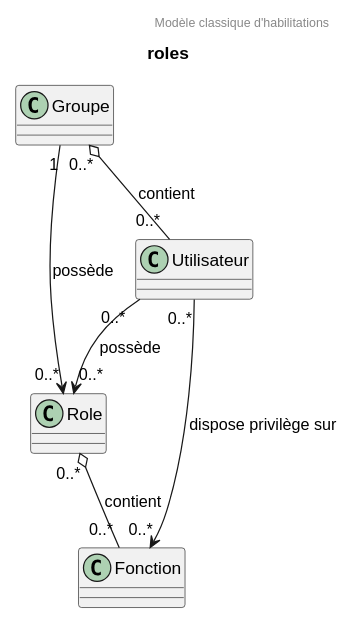
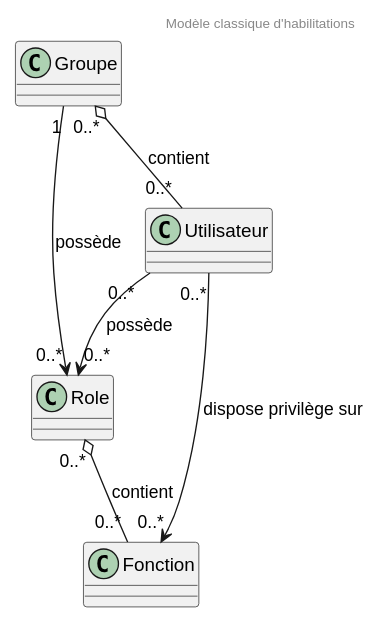
The diagram in diagrammes/roles.puml (bflorat/modele-da), drawn with PlantUML before and after one commit. The commit also changed 18 other files, not shown here.

Commit message:
feat: cleanup diagrammes, montée de version C4-plantuml

```diff
--- a/diagrammes/roles.puml
+++ b/diagrammes/roles.puml
@@ -1,11 +1,10 @@
-@startuml
-title roles
+@startuml roles
 header Modèle classique d'habilitations
 skinparam defaultFontName Liberation Sans
 scale 500*400
 Role "0..*"  o-- "0..*" Fonction: "contient"
 Groupe "0..*" o-- "0..*" Utilisateur : "contient"
 Utilisateur "0..*" --> "0..*" Role : "possède"
 Utilisateur "0..*" --> "0..*" Fonction : "dispose privilège sur"
 Groupe "1" -->"0..*" Role : "possède"
 @enduml
```
